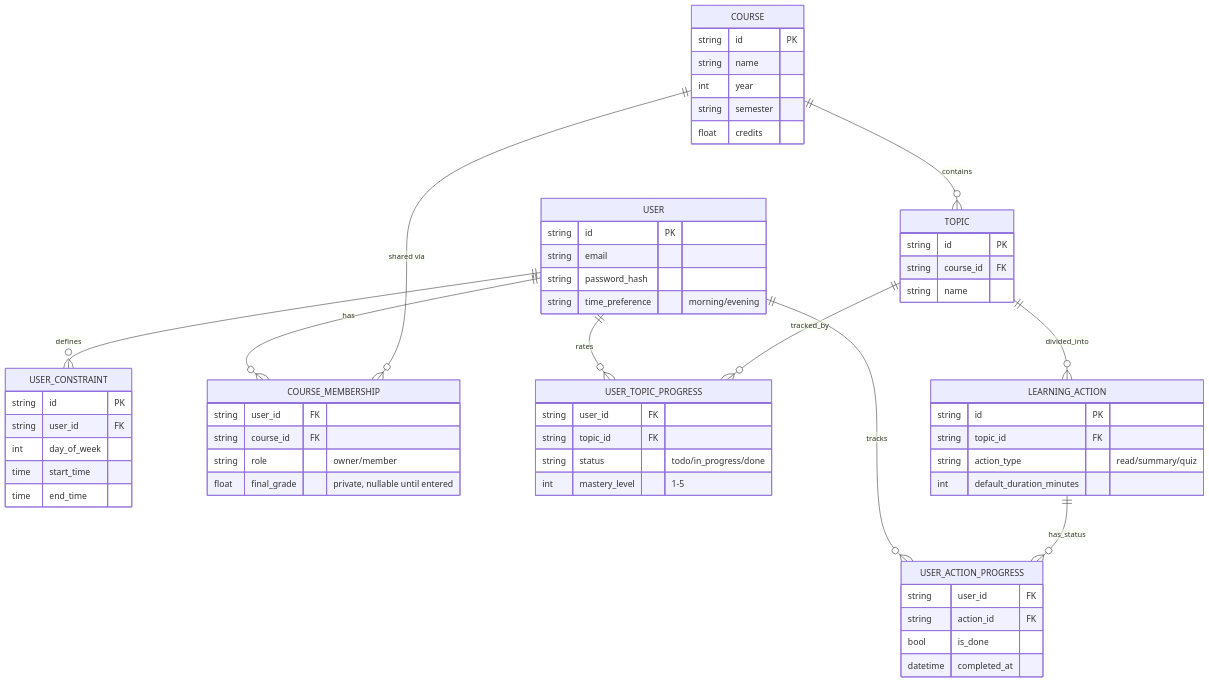
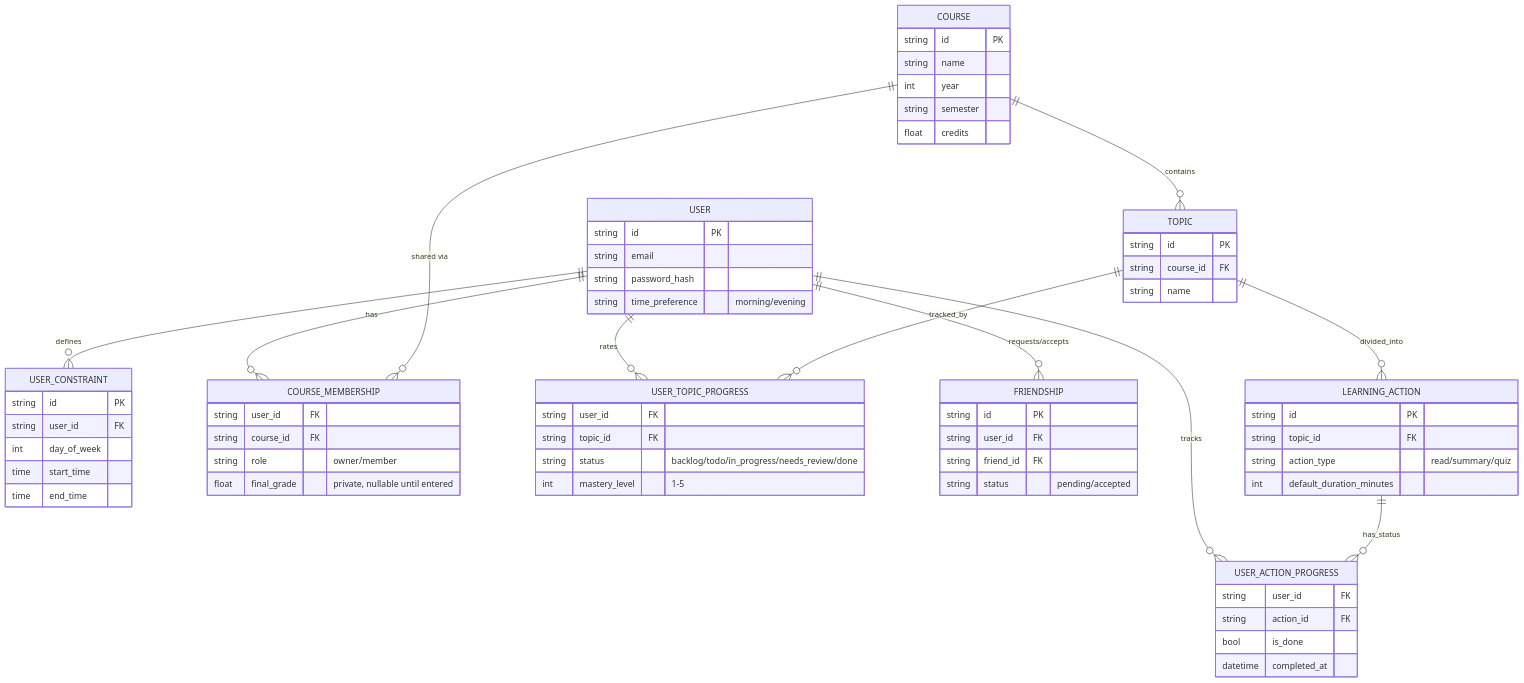
The diagram in docs/erd.md (barbh1913/LearnSprint-), drawn with Mermaid before and after one commit. The commit also changed other lines of this file and 60 other files, not shown here.

First line of the commit message:
Add project scaffold: FastAPI backend, React frontend, ADRs, diagrams

````diff
--- a/docs/erd.md
+++ b/docs/erd.md
@@ -14,72 +14,80 @@
 ```mermaid
 erDiagram
     USER ||--o{ USER_CONSTRAINT : "defines"
     USER ||--o{ COURSE_MEMBERSHIP : "has"
     USER ||--o{ USER_TOPIC_PROGRESS : "rates"
     USER ||--o{ USER_ACTION_PROGRESS : "tracks"
+    USER ||--o{ FRIENDSHIP : "requests/accepts"
 
     COURSE ||--o{ COURSE_MEMBERSHIP : "shared via"
     COURSE ||--o{ TOPIC : "contains"
 
     TOPIC ||--o{ LEARNING_ACTION : "divided_into"
     TOPIC ||--o{ USER_TOPIC_PROGRESS : "tracked_by"
 
     LEARNING_ACTION ||--o{ USER_ACTION_PROGRESS : "has_status"
 
     USER {
         string id PK
         string email
         string password_hash
         string time_preference "morning/evening"
     }
 
     USER_CONSTRAINT {
         string id PK
         string user_id FK
         int day_of_week
         time start_time
         time end_time
     }
 
     COURSE {
         string id PK
         string name
         int year
         string semester
         float credits
     }
 
     COURSE_MEMBERSHIP {
         string user_id FK
         string course_id FK
         string role "owner/member"
         float final_grade "private, nullable until entered"
     }
 
     TOPIC {
         string id PK
         string course_id FK
         string name
     }
 
     LEARNING_ACTION {
         string id PK
         string topic_id FK
         string action_type "read/summary/quiz"
         int default_duration_minutes
     }
 
     USER_TOPIC_PROGRESS {
         string user_id FK
         string topic_id FK
-        string status "todo/in_progress/done"
+        string status "backlog/todo/in_progress/needs_review/done"
         int mastery_level "1-5"
     }
 
     USER_ACTION_PROGRESS {
         string user_id FK
         string action_id FK
         bool is_done
         datetime completed_at
     }
+
+    FRIENDSHIP {
+        string id PK
+        string user_id FK
+        string friend_id FK
+        string status "pending/accepted"
+    }
 ```
````
